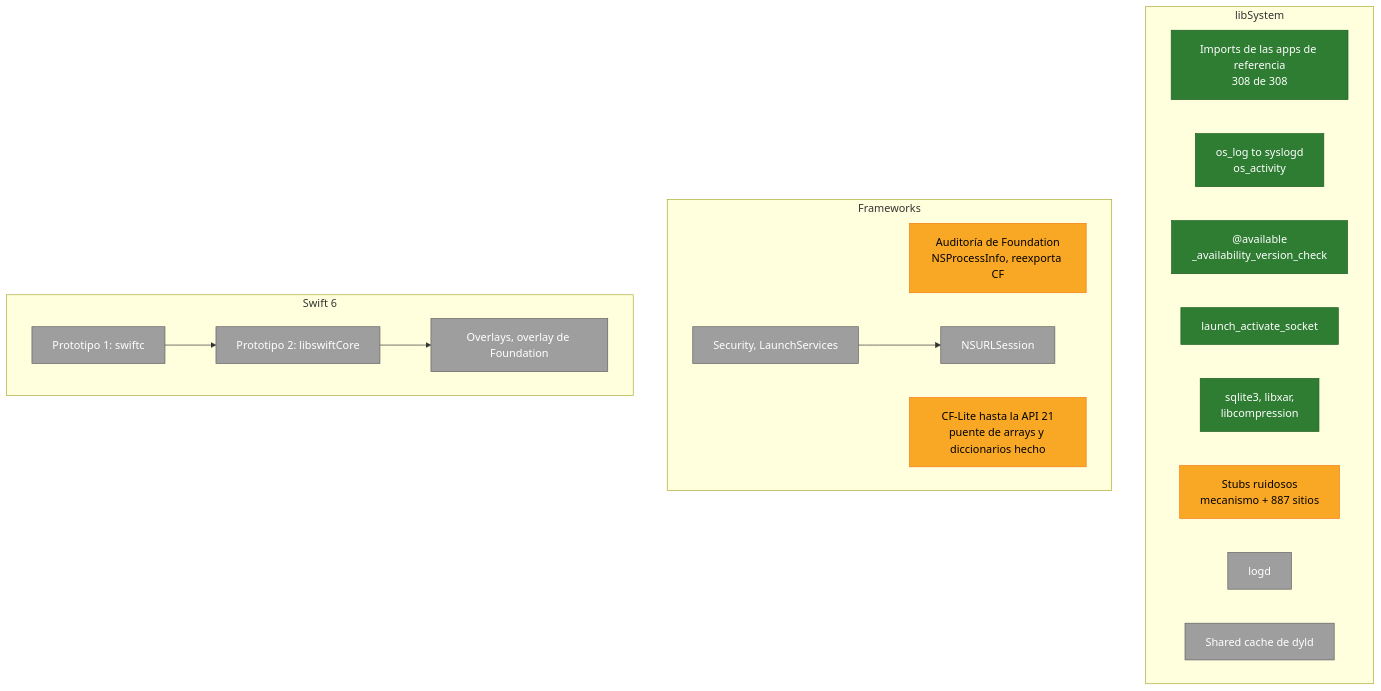
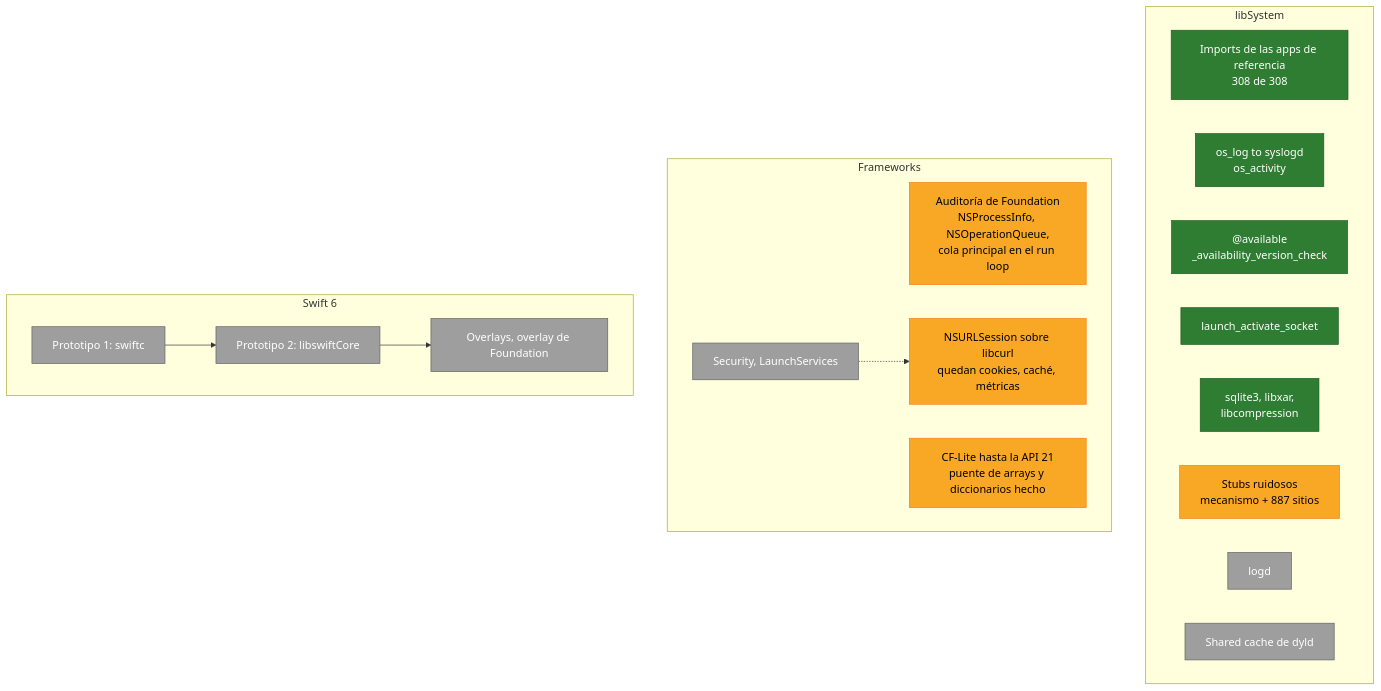
One commit to minkaros/minkar changed the second of 4 diagrams in Docs/Progress.es.md. Above: the diagram before and after it, drawn with Mermaid. The commit also changed 3 other files, not shown here.

Commit message:
Docs: NSURLSession, NSOperationQueue and the main queue in Foundation

````diff
--- a/Docs/Progress.es.md
+++ b/Docs/Progress.es.md
@@ -37,30 +37,30 @@
 ```mermaid
 flowchart TB
     subgraph LS["libSystem"]
         L1["Imports de las apps de referencia<br/>308 de 308"]:::done
         L2["os_log to syslogd<br/>os_activity"]:::done
         L3["@available<br/>_availability_version_check"]:::done
         L4["launch_activate_socket"]:::done
         L8["sqlite3, libxar,<br/>libcompression"]:::done
         L5["Stubs ruidosos<br/>mecanismo + 887 sitios"]:::partial
         L6["logd"]:::todo
         L7["Shared cache de dyld"]:::todo
     end
     subgraph FW["Frameworks"]
-        F1["Auditoría de Foundation<br/>NSProcessInfo, reexporta CF"]:::partial
-        F2["NSURLSession"]:::todo
+        F1["Auditoría de Foundation<br/>NSProcessInfo, NSOperationQueue,<br/>cola principal en el run loop"]:::partial
+        F2["NSURLSession sobre libcurl<br/>quedan cookies, caché, métricas"]:::partial
         F3["CF-Lite hasta la API 21<br/>puente de arrays y diccionarios hecho"]:::partial
         F4["Security, LaunchServices"]:::todo
     end
     subgraph SW["Swift 6"]
         S1["Prototipo 1: swiftc"]:::todo
         S2["Prototipo 2: libswiftCore"]:::todo
         S3["Overlays, overlay de Foundation"]:::todo
     end
     S1 --> S2 --> S3
-    F4 --> F2
+    F4 -.-> F2
 
     classDef done fill:#2e7d32,stroke:#1b5e20,color:#fff
     classDef partial fill:#f9a825,stroke:#f57f17,color:#000
     classDef todo fill:#9e9e9e,stroke:#616161,color:#fff
 ```
````
